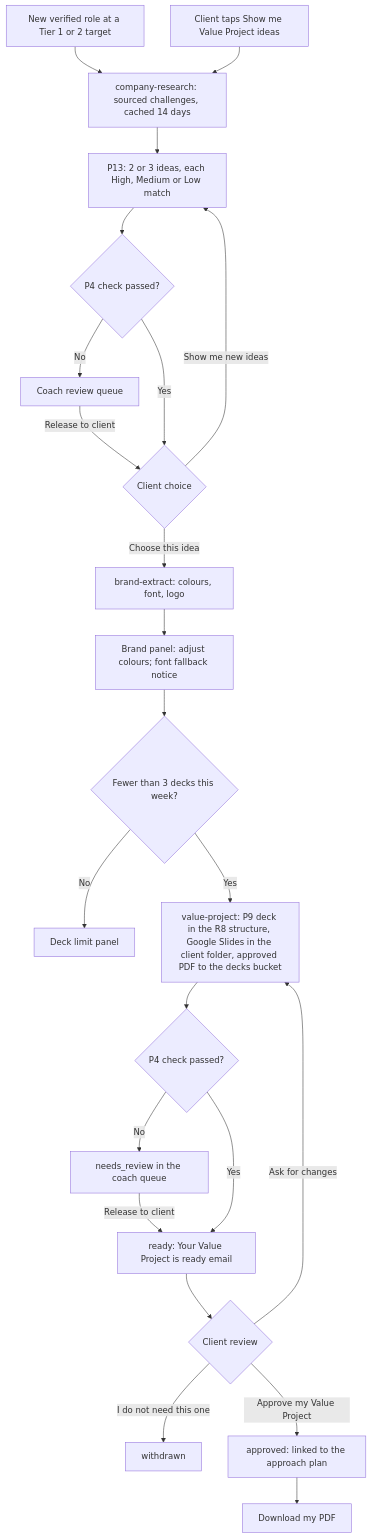
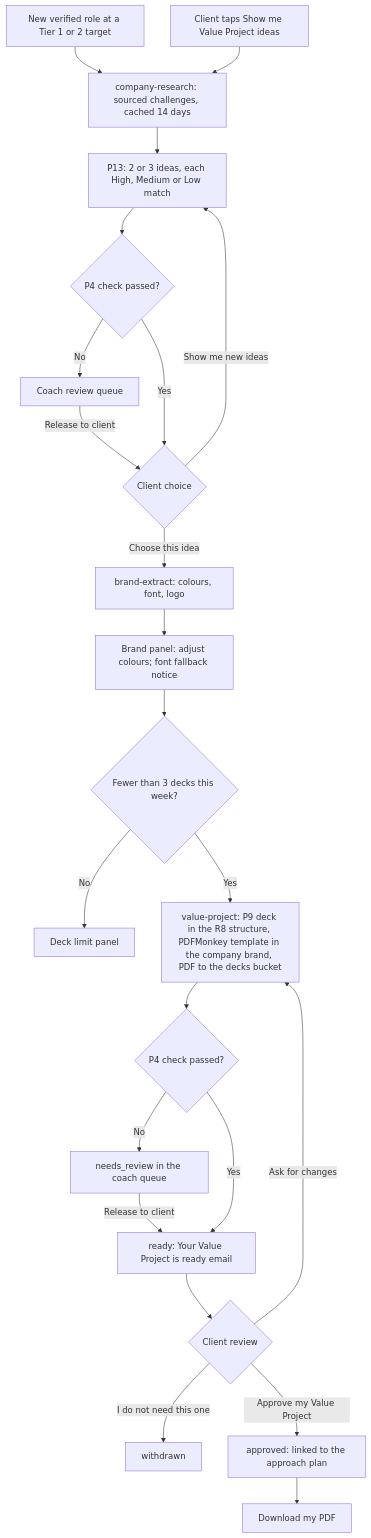
One commit to TalentFB/boost changed the fourth of 5 diagrams in docs/app-flow.md. Above: the diagram before and after it, drawn with Mermaid. The commit also changed other lines of this file, not shown here.

First line of the commit message:
App Flow: Value Project decks built with PDFMonkey (L54 replaces L53)

````diff
--- a/docs/app-flow.md
+++ b/docs/app-flow.md
@@ -611,25 +611,25 @@
 ```mermaid
 flowchart TD
   T1["New verified role at a Tier 1 or 2 target"] --> R["company-research: sourced challenges, cached 14 days"]
   T2["Client taps Show me Value Project ideas"] --> R
   R --> I["P13: 2 or 3 ideas, each High, Medium or Low match"]
   I --> P1{"P4 check passed?"}
   P1 -- No --> Q1["Coach review queue"]
   Q1 -- "Release to client" --> CH
   P1 -- Yes --> CH{"Client choice"}
   CH -- "Show me new ideas" --> I
   CH -- "Choose this idea" --> BX["brand-extract: colours, font, logo"]
   BX --> AD["Brand panel: adjust colours; font fallback notice"]
   AD --> LIM{"Fewer than 3 decks this week?"}
   LIM -- No --> WL["Deck limit panel"]
-  LIM -- Yes --> BD["value-project: P9 deck in the R8 structure, Google Slides in the client folder, approved PDF to the decks bucket"]
+  LIM -- Yes --> BD["value-project: P9 deck in the R8 structure, PDFMonkey template in the company brand, PDF to the decks bucket"]
   BD --> P2{"P4 check passed?"}
   P2 -- No --> Q2["needs_review in the coach queue"]
   Q2 -- "Release to client" --> RD
   P2 -- Yes --> RD["ready: Your Value Project is ready email"]
   RD --> REV{"Client review"}
   REV -- "Ask for changes" --> BD
   REV -- "I do not need this one" --> WD["withdrawn"]
   REV -- "Approve my Value Project" --> OK["approved: linked to the approach plan"]
   OK --> DL["Download my PDF"]
 ```
````
